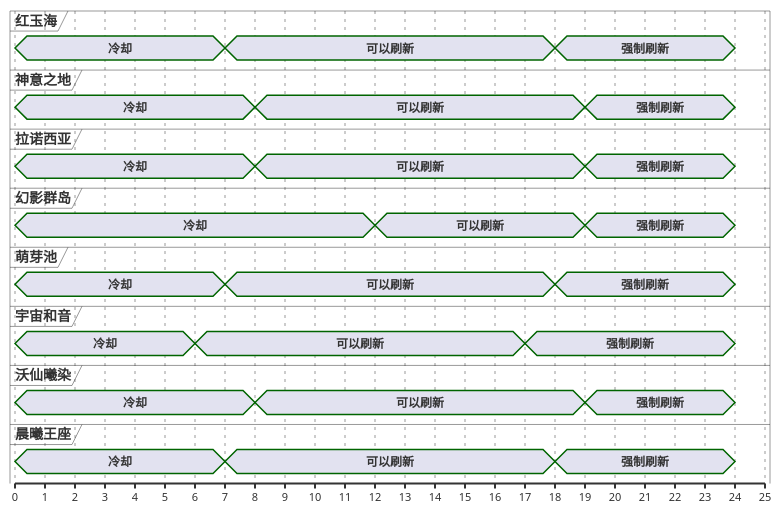
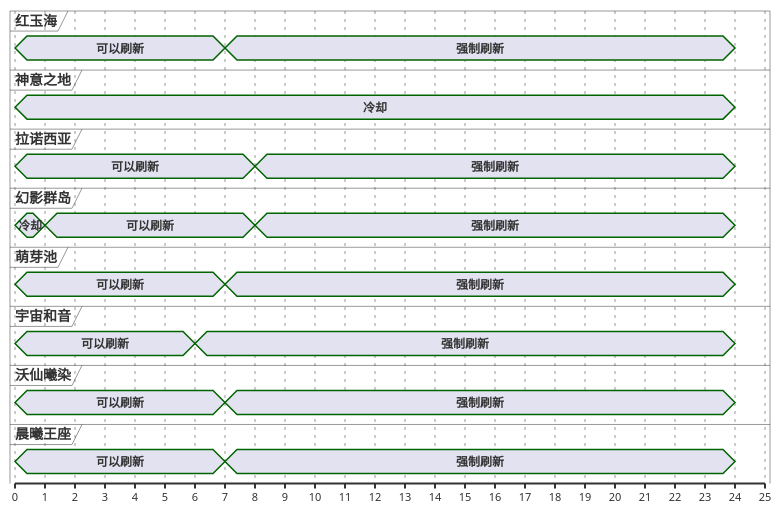
The first of 13 diagrams in ffxiv/hunt/2.0/Thousand-cast-Theda.md (Eroleice/doc-pi), drawn with PlantUML before and after one commit. The commit also changed other lines of this file and 38 other files, not shown here.

````diff
--- a/ffxiv/hunt/2.0/Thousand-cast-Theda.md
+++ b/ffxiv/hunt/2.0/Thousand-cast-Theda.md
@@ -33,63 +33,55 @@
 ```plantuml
 @startuml
 scale 1 as 30 pixels
 
 concise 红玉海
 concise 神意之地
 concise 拉诺西亚
 concise 幻影群岛
 concise 萌芽池
 concise 宇宙和音
 concise 沃仙曦染
 concise 晨曦王座
 
 @宇宙和音
-0 is 冷却
-6 is 可以刷新
-17 is 强制刷新
+0 is 可以刷新
+6 is 强制刷新
 24 is {hidden}
 
 @红玉海
-0 is 冷却
-7 is 可以刷新
-18 is 强制刷新
+0 is 可以刷新
+7 is 强制刷新
 24 is {hidden}
 
 @晨曦王座
-0 is 冷却
-7 is 可以刷新
-18 is 强制刷新
+0 is 可以刷新
+7 is 强制刷新
 24 is {hidden}
 
 @萌芽池
-0 is 冷却
-7 is 可以刷新
-18 is 强制刷新
+0 is 可以刷新
+7 is 强制刷新
 24 is {hidden}
 
 @沃仙曦染
+0 is 可以刷新
+7 is 强制刷新
+24 is {hidden}
+
+@拉诺西亚
+0 is 可以刷新
+8 is 强制刷新
+24 is {hidden}
+
+@幻影群岛
 0 is 冷却
-8 is 可以刷新
-19 is 强制刷新
+1 is 可以刷新
+8 is 强制刷新
 24 is {hidden}
 
 @神意之地
 0 is 冷却
-8 is 可以刷新
-19 is 强制刷新
-24 is {hidden}
-
-@拉诺西亚
-0 is 冷却
-8 is 可以刷新
-19 is 强制刷新
-24 is {hidden}
-
-@幻影群岛
-0 is 冷却
-12 is 可以刷新
-19 is 强制刷新
 24 is {hidden}
 
 @enduml
 ```
````
